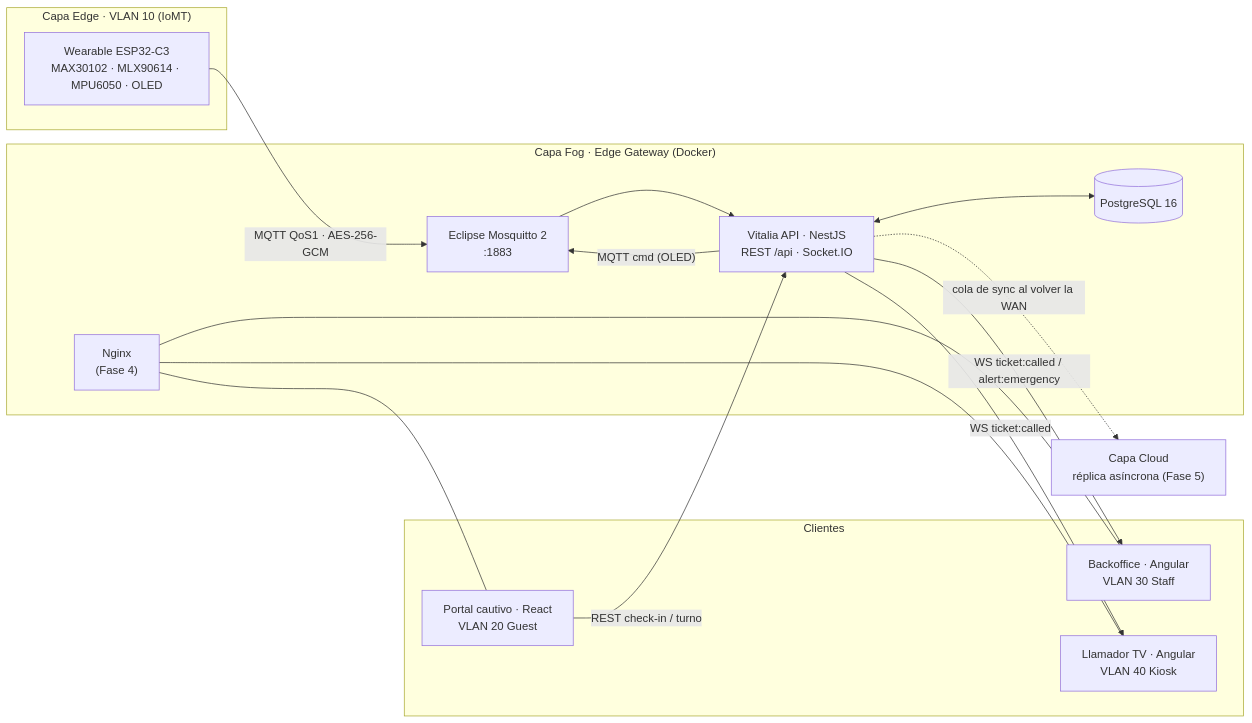
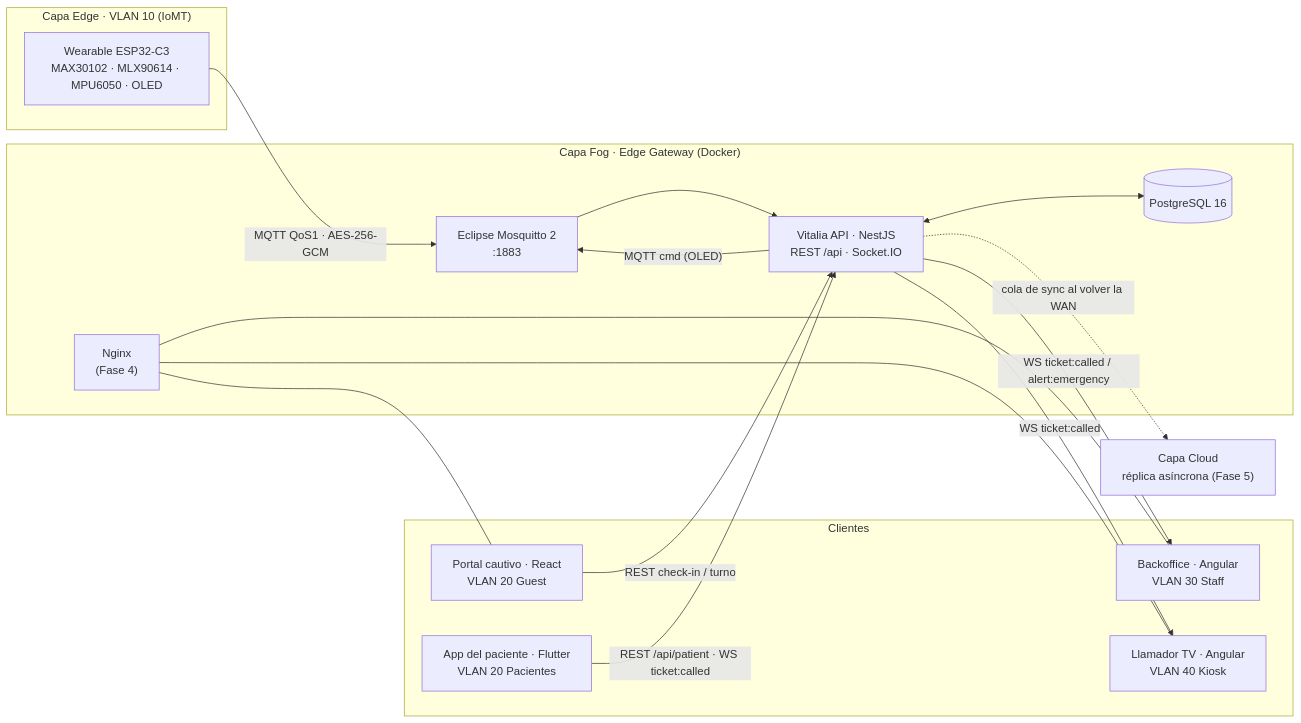
Before and after one commit to GastMolina267/pti-monorepo: the first of 4 diagrams in docs/01-arquitectura.md, drawn with Mermaid. The commit also changed 6 other files, not shown here.

First line of the commit message:
docs: guía de la app del paciente (11-app-paciente) y referencias en visión, arquitectura, stack y guía

````diff
--- a/docs/01-arquitectura.md
+++ b/docs/01-arquitectura.md
@@ -5,31 +5,33 @@
 ```mermaid
 flowchart LR
   subgraph EDGE["Capa Edge · VLAN 10 (IoMT)"]
     W1["Wearable ESP32-C3<br/>MAX30102 · MLX90614 · MPU6050 · OLED"]
   end
 
   subgraph FOG["Capa Fog · Edge Gateway (Docker)"]
     MQ["Eclipse Mosquitto 2<br/>:1883"]
     API["Vitalia API · NestJS<br/>REST /api · Socket.IO"]
     DB[("PostgreSQL 16")]
     NG["Nginx<br/>(Fase 4)"]
   end
 
   subgraph CLIENTS["Clientes"]
     BO["Backoffice · Angular<br/>VLAN 30 Staff"]
     TV["Llamador TV · Angular<br/>VLAN 40 Kiosk"]
+    PA["App del paciente · Flutter<br/>VLAN 20 Pacientes"]
     CP["Portal cautivo · React<br/>VLAN 20 Guest"]
   end
 
   CLOUD["Capa Cloud<br/>réplica asíncrona (Fase 5)"]
 
   W1 -- "MQTT QoS1 · AES-256-GCM" --> MQ
   MQ --> API
   API <--> DB
   API -- "WS ticket:called / alert:emergency" --> BO
   API -- "WS ticket:called" --> TV
   CP -- "REST check-in / turno" --> API
+  PA -- "REST /api/patient · WS ticket:called" --> API
   API -- "MQTT cmd (OLED)" --> MQ
   API -. "cola de sync al volver la WAN" .-> CLOUD
   NG --- BO & TV & CP
 ```
````
